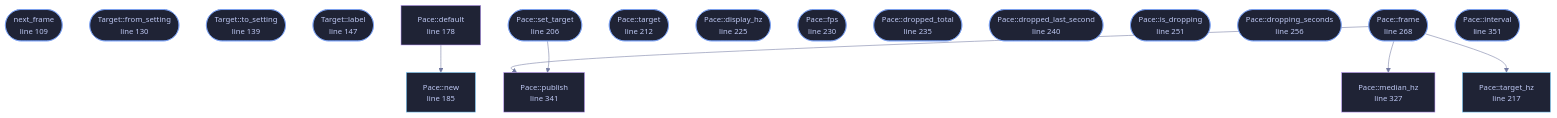
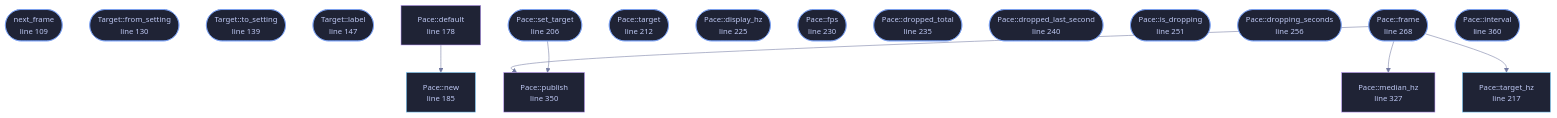
One commit to tilas01/veilvoice changed the diagram in docs/files/veilvoice-gui/pace.md. Above: the diagram before and after it, drawn with Mermaid. The commit also changed other lines of this file and 17 other files, not shown here.

````diff
--- a/docs/files/veilvoice-gui/pace.md
+++ b/docs/files/veilvoice-gui/pace.md
@@ -131,53 +131,53 @@
 ```mermaid
 %%{init: {"theme":"base","themeVariables":{"background":"#1a1b26","primaryColor":"#1f2335","primaryTextColor":"#c0caf5","primaryBorderColor":"#7aa2f7","secondaryColor":"#16161e","tertiaryColor":"#16161e","lineColor":"#737aa2","textColor":"#c0caf5","mainBkg":"#1f2335","nodeBorder":"#7aa2f7","clusterBkg":"#16161e","clusterBorder":"#2f3549","fontFamily":"ui-monospace, SFMono-Regular, Consolas, monospace","fontSize":"14px"}}}%%
 flowchart TD
     n_next_frame(["next_frame<br/>line 109"])
     n_from_setting(["Target::from_setting<br/>line 130"])
     n_to_setting(["Target::to_setting<br/>line 139"])
     n_label(["Target::label<br/>line 147"])
     n_default["Pace::default<br/>line 178"]
     n_new["Pace::new<br/>line 185"]
     n_set_target(["Pace::set_target<br/>line 206"])
     n_target(["Pace::target<br/>line 212"])
     n_target_hz["Pace::target_hz<br/>line 217"]
     n_display_hz(["Pace::display_hz<br/>line 225"])
     n_fps(["Pace::fps<br/>line 230"])
     n_dropped_total(["Pace::dropped_total<br/>line 235"])
     n_dropped_last_second(["Pace::dropped_last_second<br/>line 240"])
     n_is_dropping(["Pace::is_dropping<br/>line 251"])
     n_dropping_seconds(["Pace::dropping_seconds<br/>line 256"])
     n_frame(["Pace::frame<br/>line 268"])
     n_median_hz["Pace::median_hz<br/>line 327"]
-    n_publish["Pace::publish<br/>line 341"]
-    n_interval(["Pace::interval<br/>line 351"])
+    n_publish["Pace::publish<br/>line 350"]
+    n_interval(["Pace::interval<br/>line 360"])
     n_default --> n_new
     n_frame --> n_median_hz
     n_frame --> n_publish
     n_frame --> n_target_hz
     n_set_target --> n_publish
     click n_next_frame href "https://github.com/tilas01/veilvoice/blob/main/crates/veilvoice-gui/src/pace.rs#L109" "open the source"
     click n_from_setting href "https://github.com/tilas01/veilvoice/blob/main/crates/veilvoice-gui/src/pace.rs#L130" "open the source"
     click n_to_setting href "https://github.com/tilas01/veilvoice/blob/main/crates/veilvoice-gui/src/pace.rs#L139" "open the source"
     click n_label href "https://github.com/tilas01/veilvoice/blob/main/crates/veilvoice-gui/src/pace.rs#L147" "open the source"
     click n_default href "https://github.com/tilas01/veilvoice/blob/main/crates/veilvoice-gui/src/pace.rs#L178" "open the source"
     click n_new href "https://github.com/tilas01/veilvoice/blob/main/crates/veilvoice-gui/src/pace.rs#L185" "open the source"
     click n_set_target href "https://github.com/tilas01/veilvoice/blob/main/crates/veilvoice-gui/src/pace.rs#L206" "open the source"
     click n_target href "https://github.com/tilas01/veilvoice/blob/main/crates/veilvoice-gui/src/pace.rs#L212" "open the source"
     click n_target_hz href "https://github.com/tilas01/veilvoice/blob/main/crates/veilvoice-gui/src/pace.rs#L217" "open the source"
     click n_display_hz href "https://github.com/tilas01/veilvoice/blob/main/crates/veilvoice-gui/src/pace.rs#L225" "open the source"
     click n_fps href "https://github.com/tilas01/veilvoice/blob/main/crates/veilvoice-gui/src/pace.rs#L230" "open the source"
     click n_dropped_total href "https://github.com/tilas01/veilvoice/blob/main/crates/veilvoice-gui/src/pace.rs#L235" "open the source"
     click n_dropped_last_second href "https://github.com/tilas01/veilvoice/blob/main/crates/veilvoice-gui/src/pace.rs#L240" "open the source"
     click n_is_dropping href "https://github.com/tilas01/veilvoice/blob/main/crates/veilvoice-gui/src/pace.rs#L251" "open the source"
     click n_dropping_seconds href "https://github.com/tilas01/veilvoice/blob/main/crates/veilvoice-gui/src/pace.rs#L256" "open the source"
     click n_frame href "https://github.com/tilas01/veilvoice/blob/main/crates/veilvoice-gui/src/pace.rs#L268" "open the source"
     click n_median_hz href "https://github.com/tilas01/veilvoice/blob/main/crates/veilvoice-gui/src/pace.rs#L327" "open the source"
-    click n_publish href "https://github.com/tilas01/veilvoice/blob/main/crates/veilvoice-gui/src/pace.rs#L341" "open the source"
-    click n_interval href "https://github.com/tilas01/veilvoice/blob/main/crates/veilvoice-gui/src/pace.rs#L351" "open the source"
+    click n_publish href "https://github.com/tilas01/veilvoice/blob/main/crates/veilvoice-gui/src/pace.rs#L350" "open the source"
+    click n_interval href "https://github.com/tilas01/veilvoice/blob/main/crates/veilvoice-gui/src/pace.rs#L360" "open the source"
     classDef entry fill:#1f2335,stroke:#7aa2f7,color:#c0caf5
     class n_next_frame,n_from_setting,n_to_setting,n_label,n_set_target,n_target,n_display_hz,n_fps,n_dropped_total,n_dropped_last_second,n_is_dropping,n_dropping_seconds,n_frame,n_interval entry
     classDef api fill:#1f2335,stroke:#7dcfff,color:#c0caf5
     class n_new,n_target_hz api
     classDef helper fill:#1f2335,stroke:#bb9af7,color:#c0caf5
     class n_default,n_median_hz,n_publish helper
 ```
````
